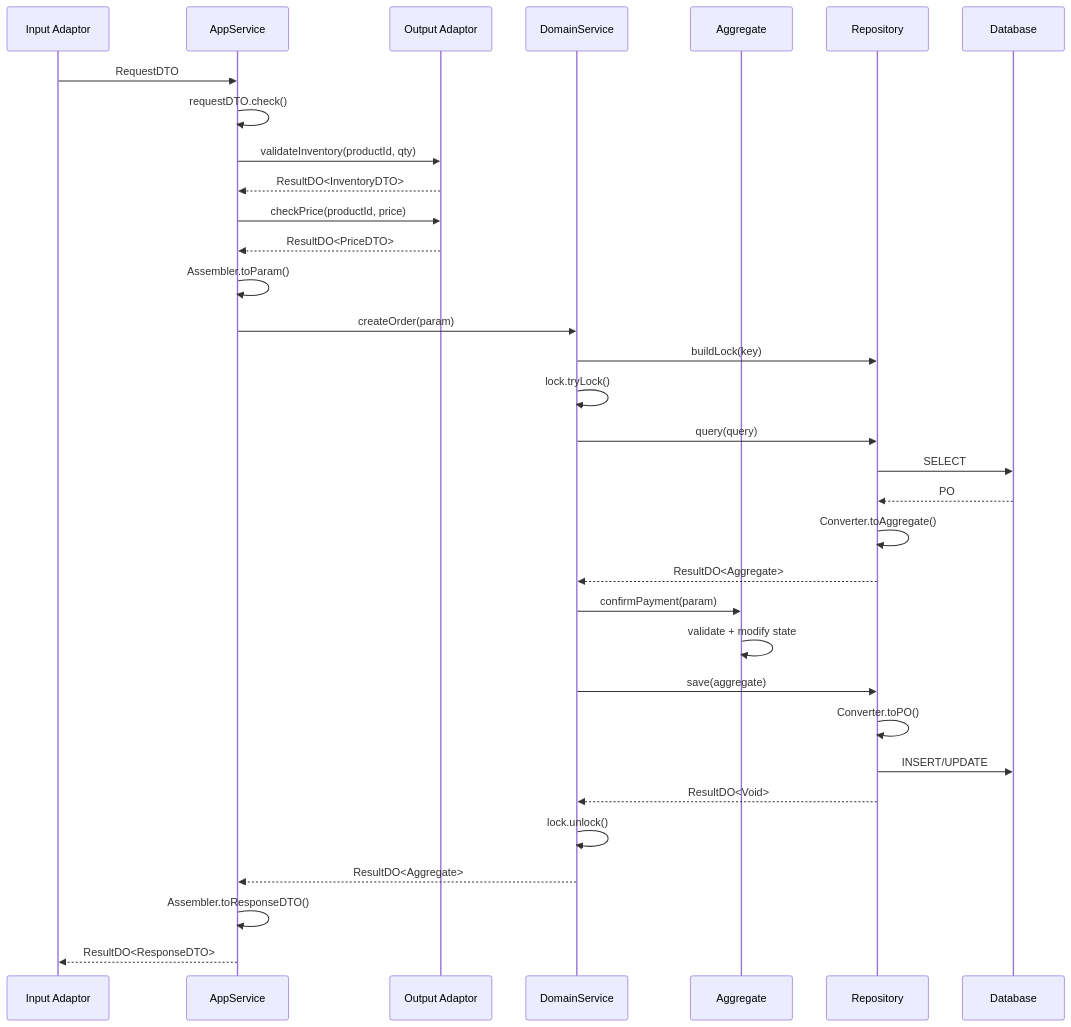
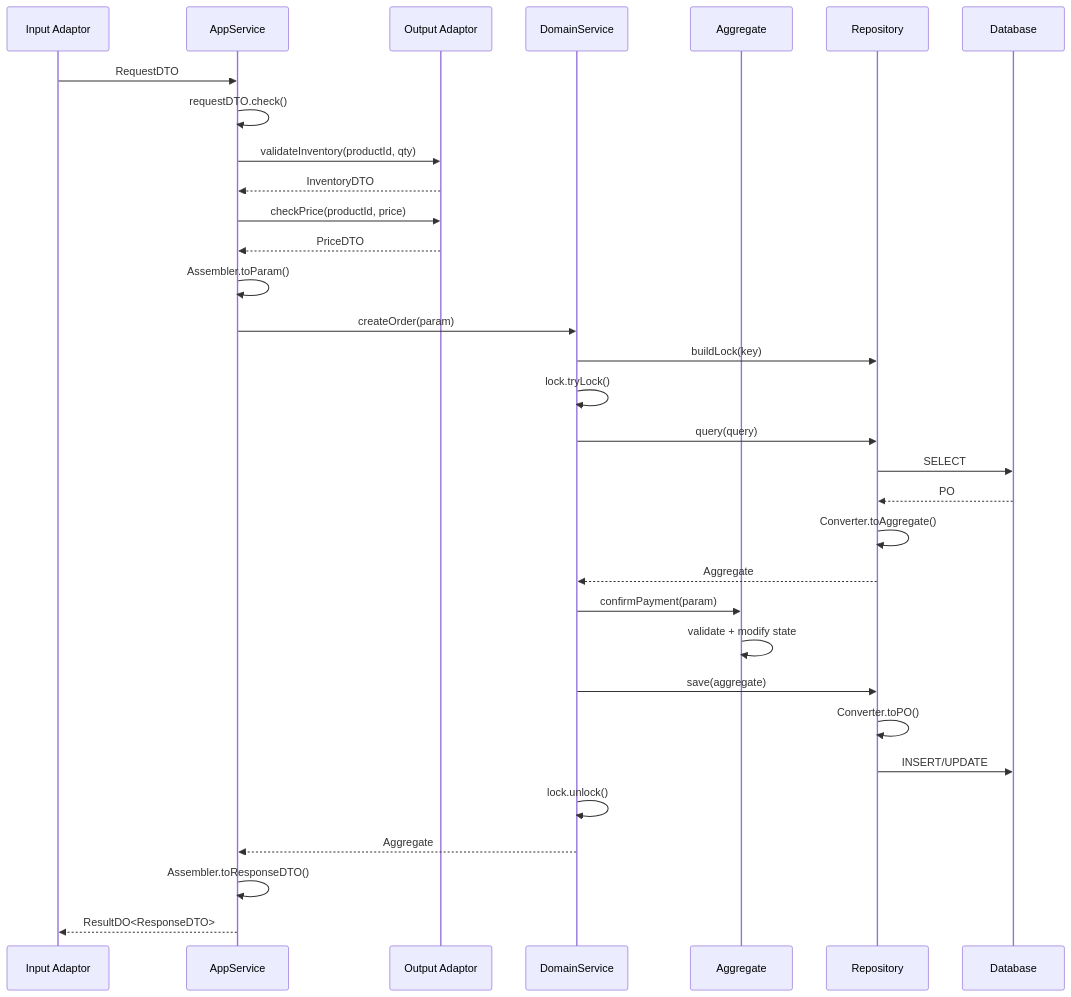
One commit to bookiosk/ddd-check changed the third of 6 diagrams in references/overview.md. Above: the diagram before and after it, drawn with Mermaid. The commit also changed other lines of this file and 13 other files, not shown here.

````diff
--- a/references/overview.md
+++ b/references/overview.md
@@ -203,36 +202,35 @@
 ```mermaid
 sequenceDiagram
     participant I as Input Adaptor
     participant A as AppService
     participant O as Output Adaptor
     participant D as DomainService
     participant Agg as Aggregate
     participant R as Repository
     participant DB as Database
 
     I->>A: RequestDTO
     A->>A: requestDTO.check()
     A->>O: validateInventory(productId, qty)
-    O-->>A: ResultDO<InventoryDTO>
+    O-->>A: InventoryDTO
     A->>O: checkPrice(productId, price)
-    O-->>A: ResultDO<PriceDTO>
+    O-->>A: PriceDTO
     A->>A: Assembler.toParam()
     A->>D: createOrder(param)
     D->>R: buildLock(key)
     D->>D: lock.tryLock()
     D->>R: query(query)
     R->>DB: SELECT
     DB-->>R: PO
     R->>R: Converter.toAggregate()
-    R-->>D: ResultDO<Aggregate>
+    R-->>D: Aggregate
     D->>Agg: confirmPayment(param)
     Agg->>Agg: validate + modify state
     D->>R: save(aggregate)
     R->>R: Converter.toPO()
     R->>DB: INSERT/UPDATE
-    R-->>D: ResultDO<Void>
     D->>D: lock.unlock()
-    D-->>A: ResultDO<Aggregate>
+    D-->>A: Aggregate
     A->>A: Assembler.toResponseDTO()
     A-->>I: ResultDO<ResponseDTO>
 ```
````
